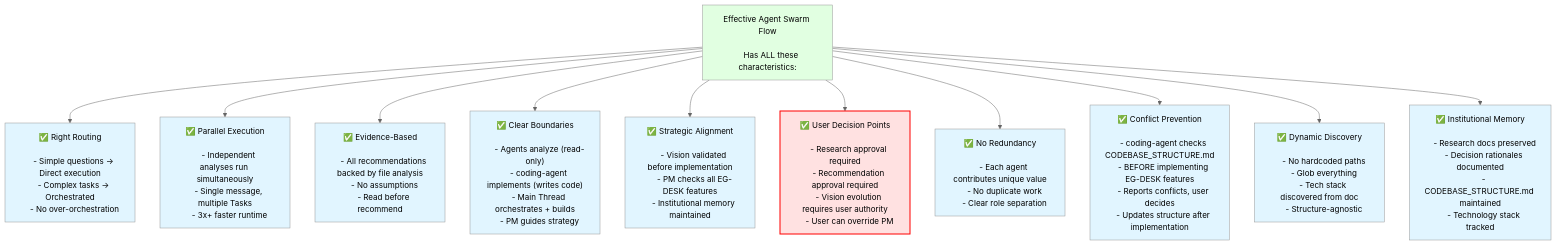
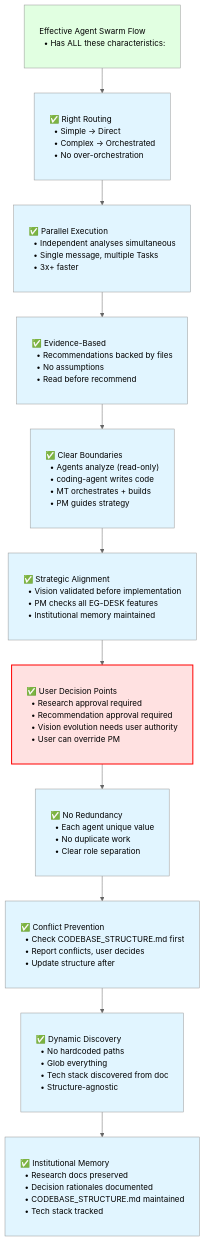
Before and after one commit to QUUS-TheSmallCodeTeam/theia-fork: diagram 15 of 31 in AGENT_SWARM_FLOW_VISUAL.md, drawn with Mermaid (neutral theme). The commit also changed other lines of this file, not shown here.

First line of the commit message:
feat: redesign all mermaid diagrams with vertical flow and left-aligned text

````diff
--- a/AGENT_SWARM_FLOW_VISUAL.md
+++ b/AGENT_SWARM_FLOW_VISUAL.md
@@ -1592,73 +1342,64 @@
 ```mermaid
 flowchart TD
+    classDef wideBox padding:12px 20px,text-align:left,white-space:pre;
+    classDef wideDecision padding:12px 20px,text-align:left,white-space:pre;
+
     Success["Effective Agent Swarm Flow
+  • Has ALL these characteristics:"]:::wideBox
 
-    Has ALL these characteristics:"]
+    --> M1["✅ Right Routing
+  • Simple → Direct
+  • Complex → Orchestrated
+  • No over-orchestration"]:::wideBox
 
-    Success --> M1["✅ Right Routing
+    --> M2["✅ Parallel Execution
+  • Independent analyses simultaneous
+  • Single message, multiple Tasks
+  • 3x+ faster"]:::wideBox
 
-    - Simple questions → Direct execution
-    - Complex tasks → Orchestrated
-    - No over-orchestration"]
+    --> M3["✅ Evidence-Based
+  • Recommendations backed by files
+  • No assumptions
+  • Read before recommend"]:::wideBox
 
-    Success --> M2["✅ Parallel Execution
+    --> M4["✅ Clear Boundaries
+  • Agents analyze (read-only)
+  • coding-agent writes code
+  • MT orchestrates + builds
+  • PM guides strategy"]:::wideBox
 
-    - Independent analyses run simultaneously
-    - Single message, multiple Tasks
-    - 3x+ faster runtime"]
+    --> M5["✅ Strategic Alignment
+  • Vision validated before implementation
+  • PM checks all EG-DESK features
+  • Institutional memory maintained"]:::wideBox
 
-    Success --> M3["✅ Evidence-Based
+    --> M6["✅ User Decision Points
+  • Research approval required
+  • Recommendation approval required
+  • Vision evolution needs user authority
+  • User can override PM"]:::wideBox
 
-    - All recommendations backed by file analysis
-    - No assumptions
-    - Read before recommend"]
+    --> M7["✅ No Redundancy
+  • Each agent unique value
+  • No duplicate work
+  • Clear role separation"]:::wideBox
 
-    Success --> M4["✅ Clear Boundaries
+    --> M8["✅ Conflict Prevention
+  • Check CODEBASE_STRUCTURE.md first
+  • Report conflicts, user decides
+  • Update structure after"]:::wideBox
 
-    - Agents analyze (read-only)
-    - coding-agent implements (writes code)
-    - Main Thread orchestrates + builds
-    - PM guides strategy"]
+    --> M9["✅ Dynamic Discovery
+  • No hardcoded paths
+  • Glob everything
+  • Tech stack discovered from doc
+  • Structure-agnostic"]:::wideBox
 
-    Success --> M5["✅ Strategic Alignment
-
-    - Vision validated before implementation
-    - PM checks all EG-DESK features
-    - Institutional memory maintained"]
-
-    Success --> M6["✅ User Decision Points
-
-    - Research approval required
-    - Recommendation approval required
-    - Vision evolution requires user authority
-    - User can override PM"]
-
-    Success --> M7["✅ No Redundancy
-
-    - Each agent contributes unique value
-    - No duplicate work
-    - Clear role separation"]
-
-    Success --> M8["✅ Conflict Prevention
-
-    - coding-agent checks CODEBASE_STRUCTURE.md
-    - BEFORE implementing EG-DESK features
-    - Reports conflicts, user decides
-    - Updates structure after implementation"]
-
-    Success --> M9["✅ Dynamic Discovery
-
-    - No hardcoded paths
-    - Glob everything
-    - Tech stack discovered from doc
-    - Structure-agnostic"]
-
-    Success --> M10["✅ Institutional Memory
-
-    - Research docs preserved
-    - Decision rationales documented
-    - CODEBASE_STRUCTURE.md maintained
-    - Technology stack tracked"]
+    --> M10["✅ Institutional Memory
+  • Research docs preserved
+  • Decision rationales documented
+  • CODEBASE_STRUCTURE.md maintained
+  • Tech stack tracked"]:::wideBox
 
     style Success fill:#e1ffe1
     style M1 fill:#e1f5ff
````
